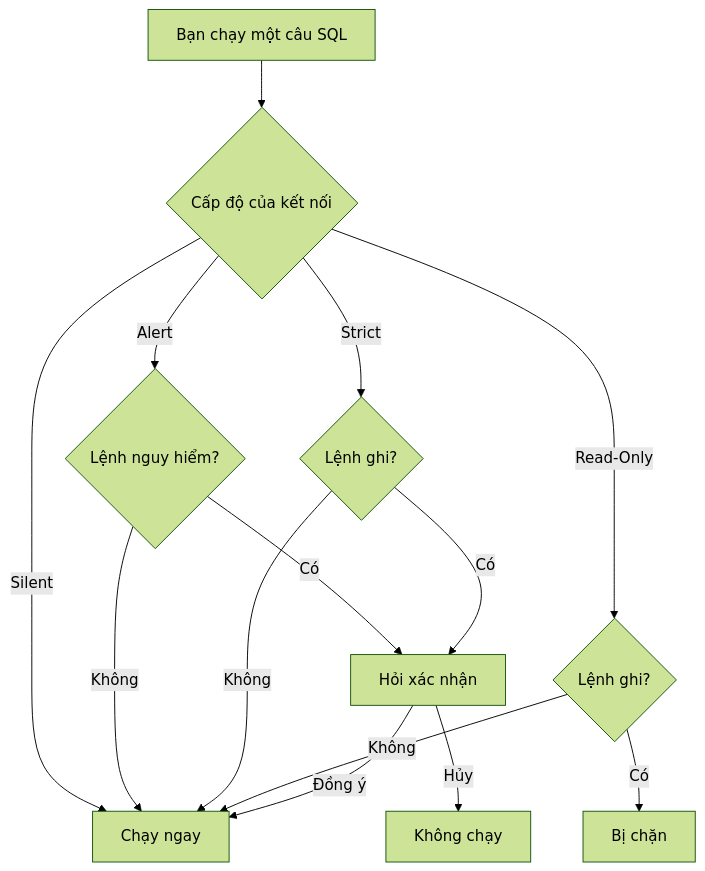
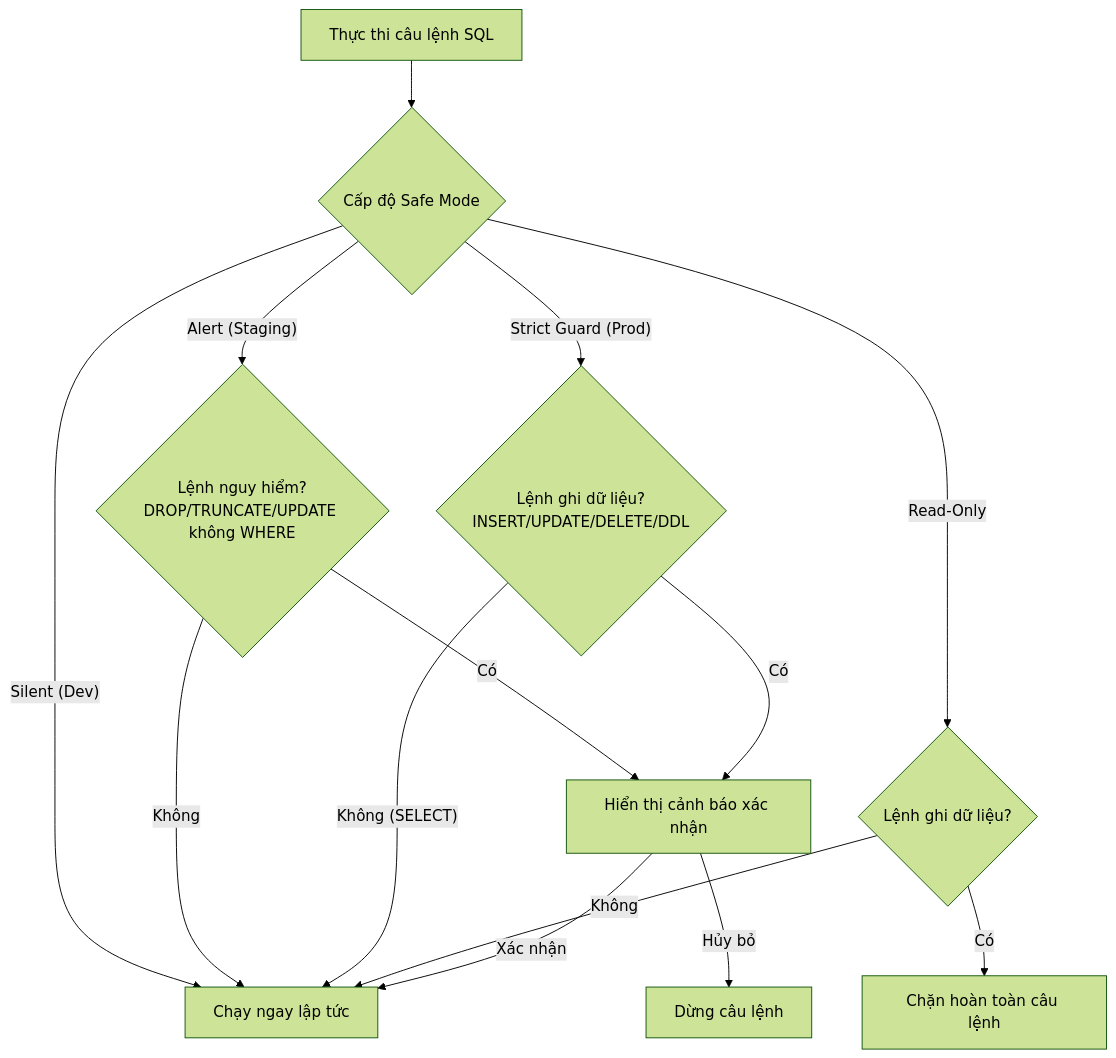
The fourth of 6 diagrams in HUONG_DAN_SU_DUNG.md (bakaryuu1997-sys/Tabularis), drawn with Mermaid (forest theme) before and after one commit. The commit also changed other lines of this file and 1 other file, not shown here.

````diff
--- a/HUONG_DAN_SU_DUNG.md
+++ b/HUONG_DAN_SU_DUNG.md
@@ -213,16 +173,16 @@
 ```mermaid
 flowchart TD
-  Q[Bạn chạy một câu SQL] --> L{Cấp độ của kết nối}
-  L -->|Silent| R[Chạy ngay]
-  L -->|Alert| D{Lệnh nguy hiểm?}
-  D -->|Không| R
-  D -->|Có| X[Hỏi xác nhận]
-  L -->|Strict| W{Lệnh ghi?}
-  W -->|Không| R
-  W -->|Có| X
-  L -->|Read-Only| B{Lệnh ghi?}
-  B -->|Không| R
-  B -->|Có| N[Bị chặn]
-  X -->|Đồng ý| R
-  X -->|Hủy| S[Không chạy]
+  Q["Thực thi câu lệnh SQL"] --> L{"Cấp độ Safe Mode"}
+  L -->|"Silent (Dev)"| R["Chạy ngay lập tức"]
+  L -->|"Alert (Staging)"| D{"Lệnh nguy hiểm?<br/>DROP/TRUNCATE/UPDATE không WHERE"}
+  D -->|"Không"| R
+  D -->|"Có"| X["Hiển thị cảnh báo xác nhận"]
+  L -->|"Strict Guard (Prod)"| W{"Lệnh ghi dữ liệu?<br/>INSERT/UPDATE/DELETE/DDL"}
+  W -->|"Không (SELECT)"| R
+  W -->|"Có"| X
+  L -->|"Read-Only"| B{"Lệnh ghi dữ liệu?"}
+  B -->|"Không"| R
+  B -->|"Có"| N["Chặn hoàn toàn câu lệnh"]
+  X -->|"Xác nhận"| R
+  X -->|"Hủy bỏ"| S["Dừng câu lệnh"]
 ```
````
